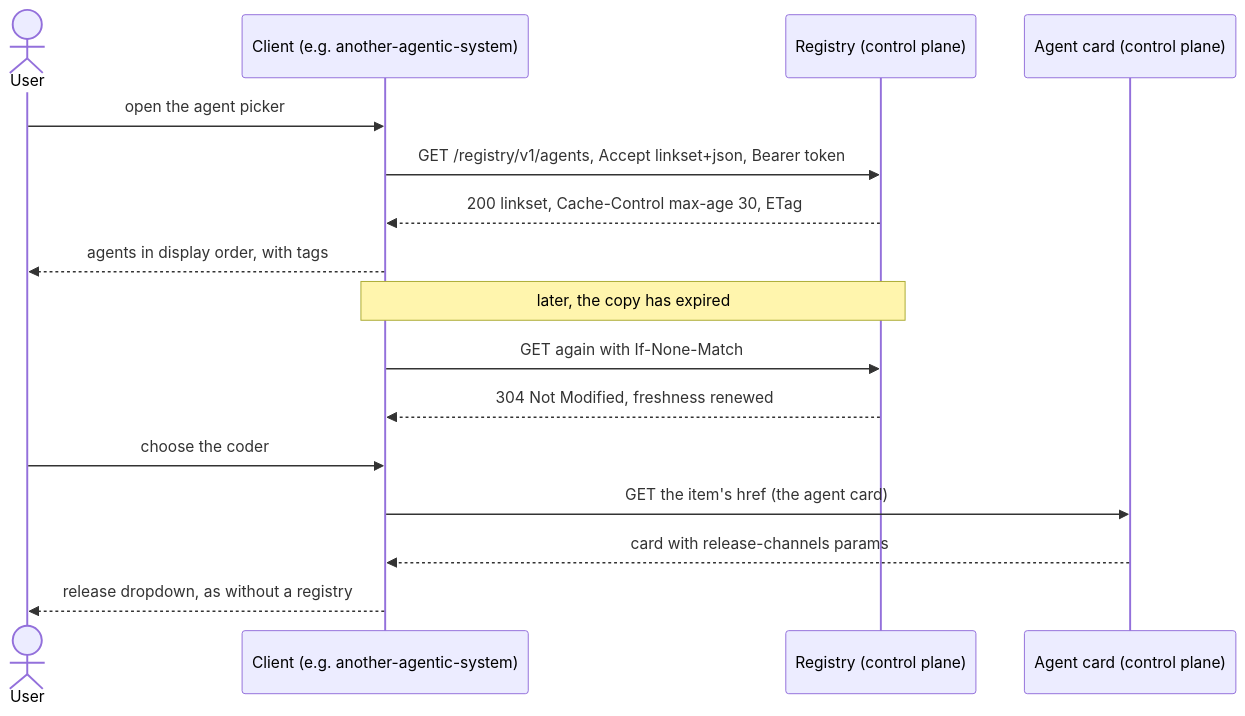
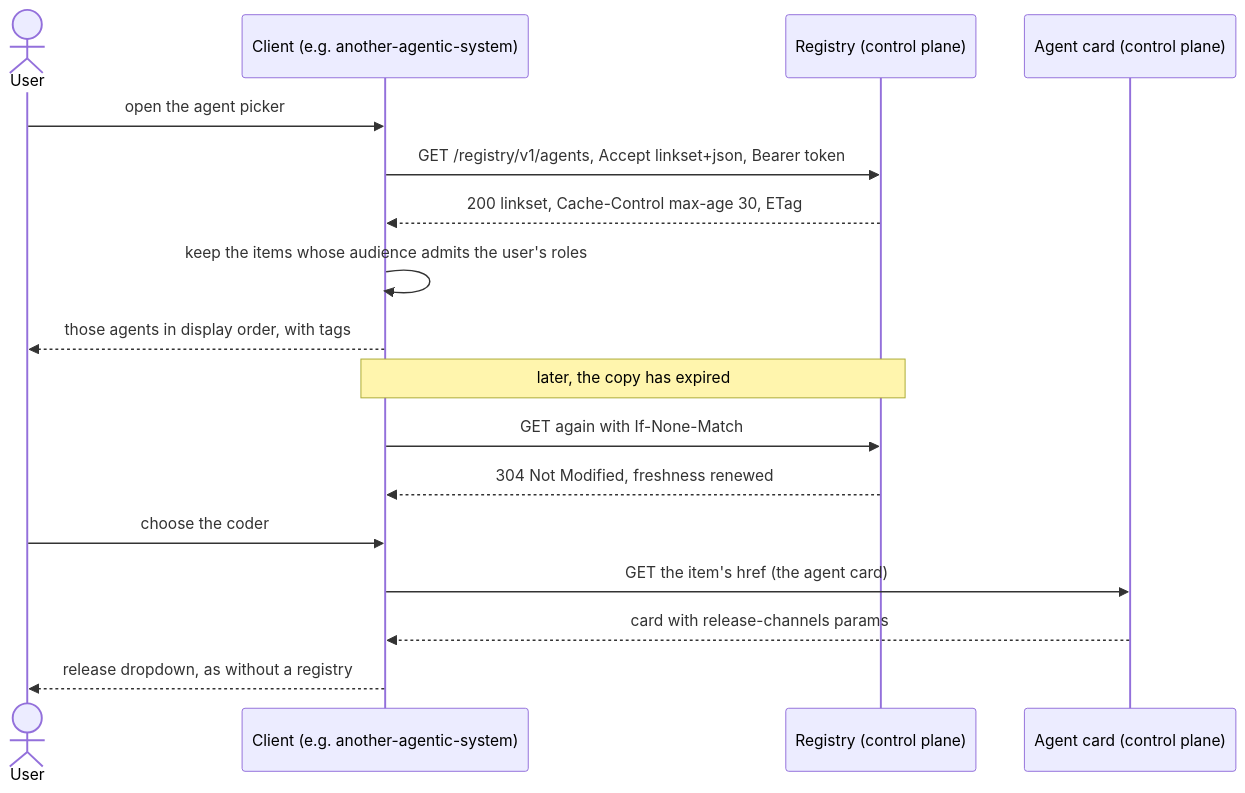
The first of 2 diagrams in docs/extensions/agent-registry-v1.md (vymalo/another-agentic-platform), drawn with Mermaid before and after one commit. The commit also changed other lines of this file and 32 other files, not shown here.

````diff
--- a/docs/extensions/agent-registry-v1.md
+++ b/docs/extensions/agent-registry-v1.md
@@ -214,18 +301,19 @@
 ```mermaid
 sequenceDiagram
   actor U as User
   participant S as Client (e.g. another-agentic-system)
   participant R as Registry (control plane)
   participant C as Agent card (control plane)
   U->>S: open the agent picker
   S->>R: GET /registry/v1/agents, Accept linkset+json, Bearer token
   R-->>S: 200 linkset, Cache-Control max-age 30, ETag
-  S-->>U: agents in display order, with tags
+  S->>S: keep the items whose audience admits the user's roles
+  S-->>U: those agents in display order, with tags
   Note over S,R: later, the copy has expired
   S->>R: GET again with If-None-Match
   R-->>S: 304 Not Modified, freshness renewed
   U->>S: choose the coder
   S->>C: GET the item's href (the agent card)
   C-->>S: card with release-channels params
   S-->>U: release dropdown, as without a registry
 ```
````
